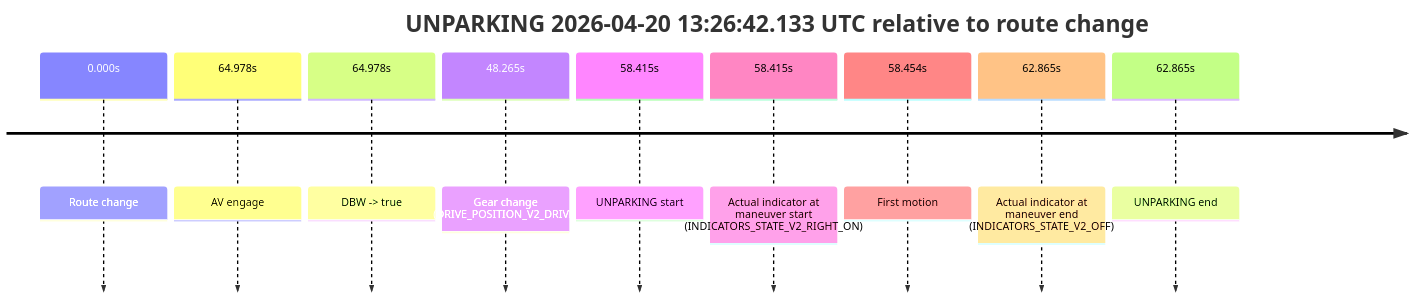
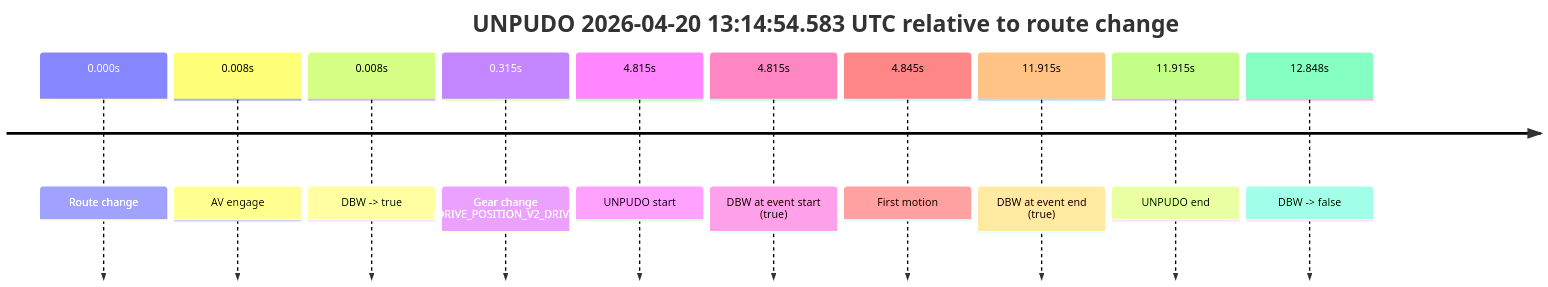
Before and after one commit to yoelshapiro/vault: the fourth of 4 diagrams in model_analysis/report_cards/2026/04/Week-4/fme20036--2026-04-20--12-58-10--gen2-av-7b765d6a-673a-49d8-8393-4d7eb694735b.md, drawn with Mermaid. The commit also changed other lines of this file and 3 other files, not shown here.

````diff
--- a/model_analysis/report_cards/2026/04/Week-4/fme20036--2026-04-20--12-58-10--gen2-av-7b765d6a-673a-49d8-8393-4d7eb694735b.md
+++ b/model_analysis/report_cards/2026/04/Week-4/fme20036--2026-04-20--12-58-10--gen2-av-7b765d6a-673a-49d8-8393-4d7eb694735b.md
@@ -128,13 +328,14 @@
 ```mermaid
 timeline
-    title UNPARKING 2026-04-20 13:26:42.133 UTC relative to route change
+    title UNPUDO 2026-04-20 13:14:54.583 UTC relative to route change
     0.000s : Route change
-    64.978s : AV engage
-    64.978s : DBW -> true
-    48.265s : Gear change (DRIVE_POSITION_V2_DRIVE)
-    58.415s : UNPARKING start
-    58.415s : Actual indicator at maneuver start (INDICATORS_STATE_V2_RIGHT_ON)
-    58.454s : First motion
-    62.865s : Actual indicator at maneuver end (INDICATORS_STATE_V2_OFF)
-    62.865s : UNPARKING end
+    0.008s : AV engage
+    0.008s : DBW -> true
+    0.315s : Gear change (DRIVE_POSITION_V2_DRIVE)
+    4.815s : UNPUDO start
+    4.815s : DBW at event start (true)
+    4.845s : First motion
+    11.915s : DBW at event end (true)
+    11.915s : UNPUDO end
+    12.848s : DBW -> false
 ```
````
